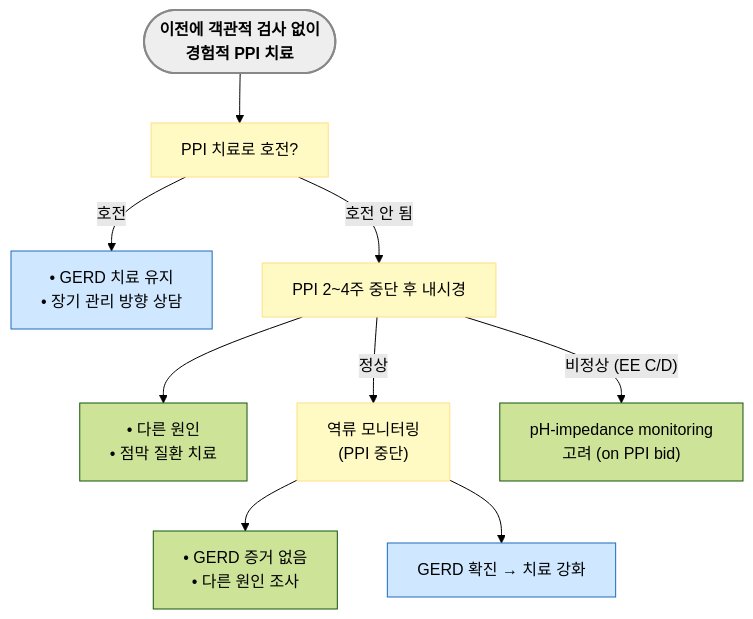
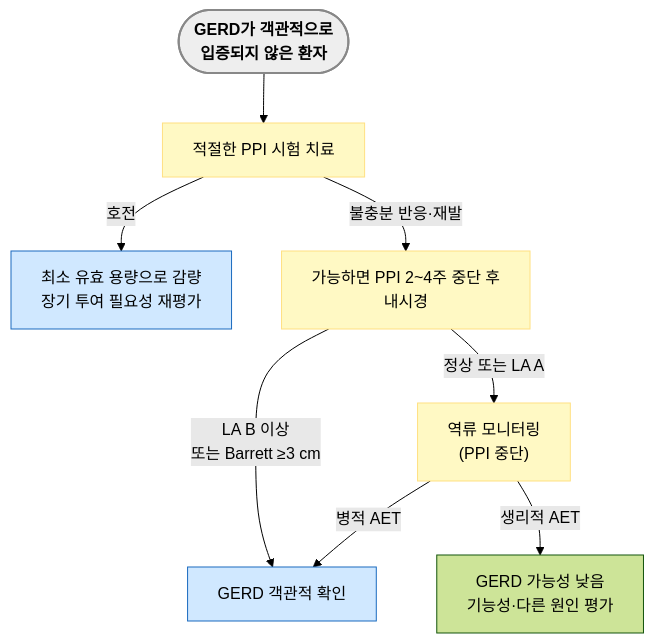
One commit to familyoh77/familyoh77 changed the fourth of 5 diagrams in 224_/081_-gerd.md. Above: the diagram before and after it, drawn with Mermaid (forest theme). The commit also changed other lines of this file and 15 other files, not shown here.

````diff
--- a/224_/081_-gerd.md
+++ b/224_/081_-gerd.md
@@ -300,20 +307,16 @@
 ```mermaid
 graph TD
-    Start1(["<b>이전에 객관적 검사 없이 <br/>경험적 PPI 치료</b>"]) --> PPI1["PPI 치료로 호전?"]
-    PPI1 -- "호전" --> Success1["• GERD 치료 유지<br/>• 장기 관리 방향 상담"]
-    PPI1 -- "호전 안 됨" --> Scope1["PPI 2~4주 중단 후 내시경"]
-    Scope1 --> Other1["• 다른 원인<br/>• 점막 질환 치료"]
-    Scope1 -- "정상" --> Monitor1["역류 모니터링<br/>(PPI 중단)"]
-    Scope1 -- "비정상 (EE C/D)" --> Impedance1["pH-impedance monitoring<br/>고려 (on PPI bid)"]
-    Monitor1 --> NoEvidence["• GERD 증거 없음<br/>• 다른 원인 조사"]
-    Monitor1 --> GERD1["GERD 확진 → 치료 강화"]
+    Start1(["<b>GERD가 객관적으로<br/>입증되지 않은 환자</b>"]) --> PPI1["적절한 PPI 시험 치료"]
+    PPI1 -- "호전" --> Success1["최소 유효 용량으로 감량<br/>장기 투여 필요성 재평가"]
+    PPI1 -- "불충분 반응·재발" --> Scope1["가능하면 PPI 2~4주 중단 후<br/>내시경"]
+    Scope1 -- "LA B 이상<br/>또는 Barrett ≥3 cm" --> GERD1["GERD 객관적 확인"]
+    Scope1 -- "정상 또는 LA A" --> Monitor1["역류 모니터링<br/>(PPI 중단)"]
+    Monitor1 -- "병적 AET" --> GERD1
+    Monitor1 -- "생리적 AET" --> NoEvidence["GERD 가능성 낮음<br/>기능성·다른 원인 평가"]
 
-style Start1 fill:#eeeeee,stroke:#888888,stroke-width:2px
-
-classDef yellow fill:#fff9c4,stroke:#ffe082
-class Scope1,Monitor1,PPI1 yellow
-classDef blue fill:#d0e8ff,stroke:#1a6abf
-class Success1,GERD1 blue
-
-
+    style Start1 fill:#eeeeee,stroke:#888888,stroke-width:2px
+    classDef yellow fill:#fff9c4,stroke:#ffe082
+    class Scope1,Monitor1,PPI1 yellow
+    classDef blue fill:#d0e8ff,stroke:#1a6abf
+    class Success1,GERD1 blue
 ```
````
